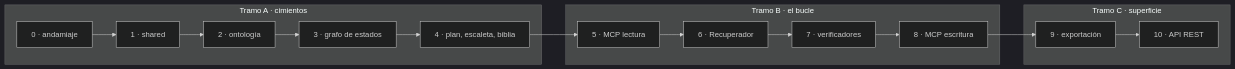
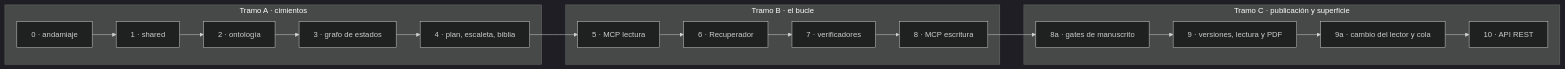
Before and after one commit to Asieribarz/my-story-marker: the diagram in specs/plan-backend-v1.md, drawn with Mermaid (dark theme). The commit also changed other lines of this file and 6 other files, not shown here.

````diff
--- a/specs/plan-backend-v1.md
+++ b/specs/plan-backend-v1.md
@@ -51,19 +52,21 @@
 ```mermaid
 flowchart LR
   subgraph A["Tramo A · cimientos"]
     P0["0 · andamiaje"] --> P1["1 · shared"]
     P1 --> P2["2 · ontología"]
     P2 --> P3["3 · grafo de estados"]
     P3 --> P4["4 · plan, escaleta, biblia"]
   end
   subgraph B["Tramo B · el bucle"]
     P5["5 · MCP lectura"] --> P6["6 · Recuperador"]
     P6 --> P7["7 · verificadores"]
     P7 --> P8["8 · MCP escritura"]
   end
-  subgraph C["Tramo C · superficie"]
-    P9["9 · exportación"] --> P10["10 · API REST"]
+  subgraph C["Tramo C · publicación y superficie"]
+    P8a["8a · gates de manuscrito"] --> P9["9 · versiones, lectura y PDF"]
+    P9 --> P9a["9a · cambio del lector y cola"]
+    P9a --> P10["10 · API REST"]
   end
   P4 --> P5
-  P8 --> P9
+  P8 --> P8a
 ```
````
